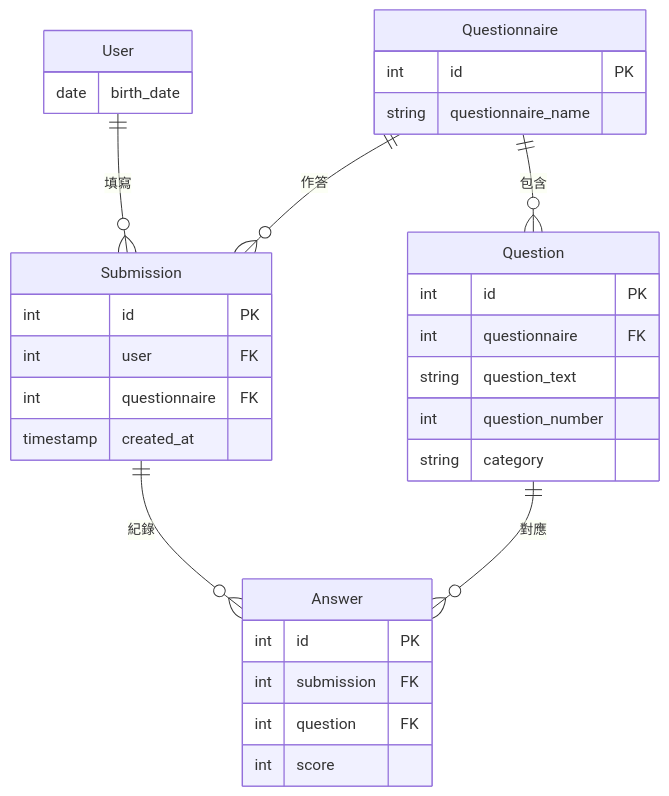
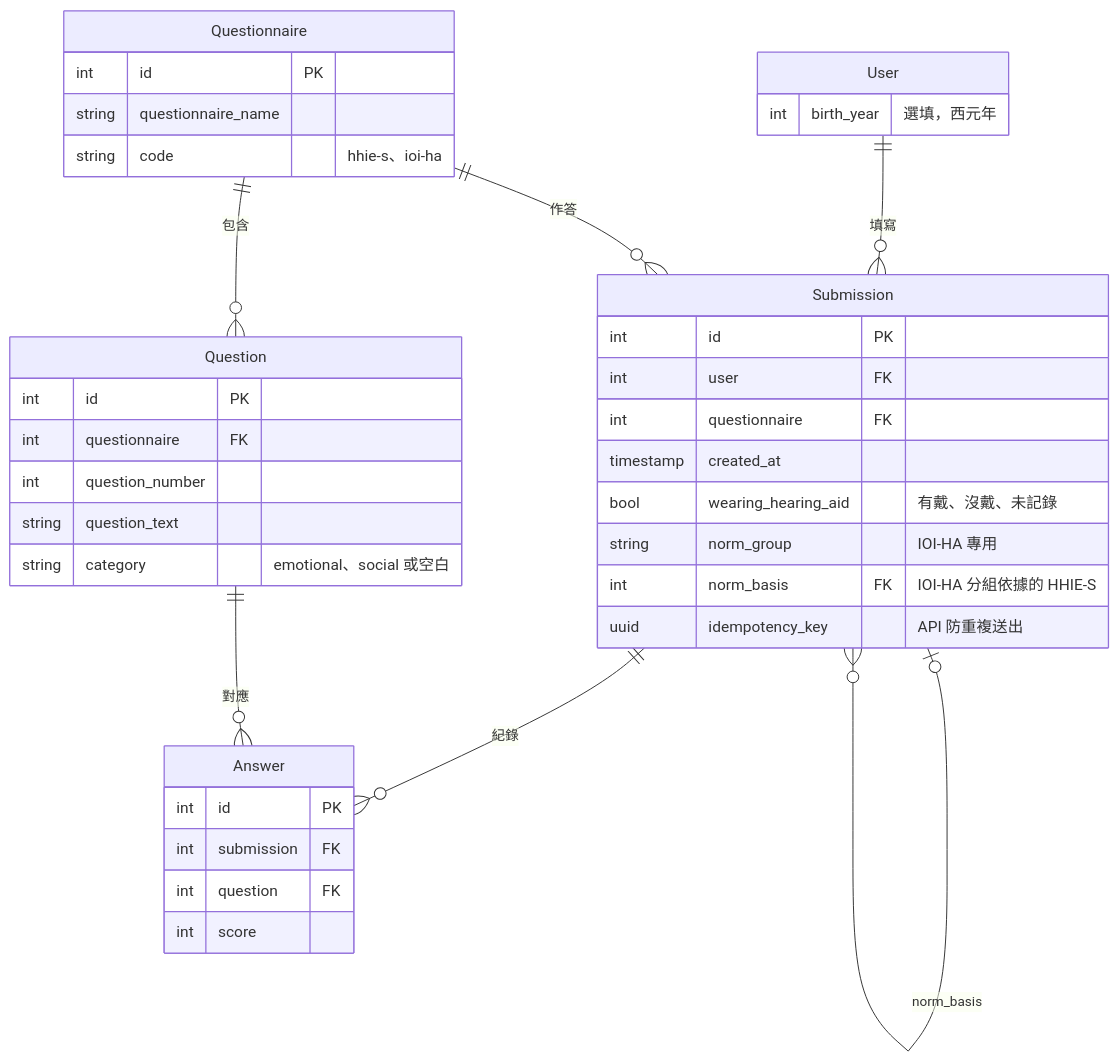
The diagram in README.md (minuet878-prog/HearWell), drawn with Mermaid before and after one commit. The commit also changed other lines of this file and 2 other files, not shown here.

````diff
--- a/README.md
+++ b/README.md
@@ -24,40 +47,45 @@
 ```mermaid
 erDiagram
 User {
-    date birth_date
+    int birth_year "選填，西元年"
 }
 
 Questionnaire {
     int id PK
     string questionnaire_name
-}
-
-Submission {
-    int id PK
-    int user  FK
-    int questionnaire FK
-    timestamp created_at
+    string code "hhie-s、ioi-ha"
 }
 
 Question {
     int id PK
     int questionnaire FK
+    int question_number
     string question_text
-    int question_number
-    string category
+    string category "emotional、social 或空白"
+}
+
+Submission {
+    int id PK
+    int user FK
+    int questionnaire FK
+    timestamp created_at
+    bool wearing_hearing_aid "有戴、沒戴、未記錄"
+    string norm_group "IOI-HA 專用"
+    int norm_basis FK "IOI-HA 分組依據的 HHIE-S"
+    uuid idempotency_key "API 防重複送出"
 }
 
 Answer {
     int id PK
     int submission FK
     int question FK
     int score
 }
 
 User ||--o{ Submission : "填寫"
+Questionnaire ||--o{ Question : "包含"
 Questionnaire ||--o{ Submission : "作答"
+Submission ||--o{ Answer : "紀錄"
 Question ||--o{ Answer : "對應"
-Submission ||--o{ Answer : "紀錄"
-Questionnaire ||--o{ Question : "包含"
-
+Submission |o--o{ Submission : "norm_basis"
 ```
````
